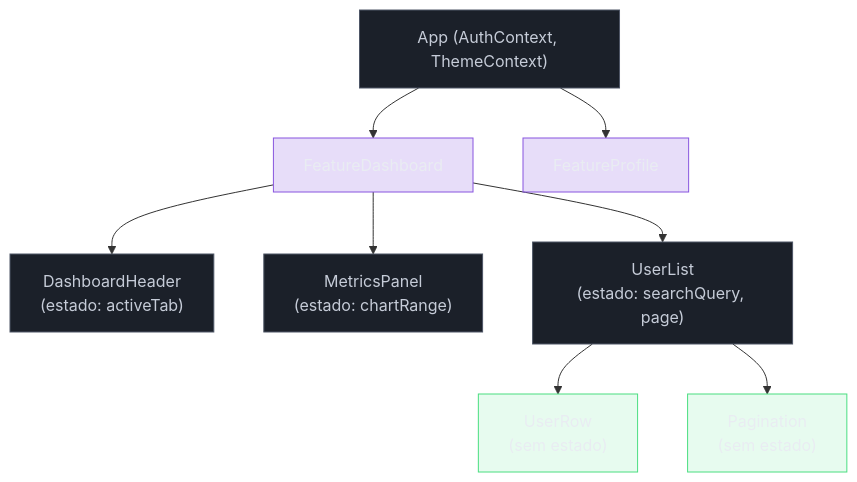
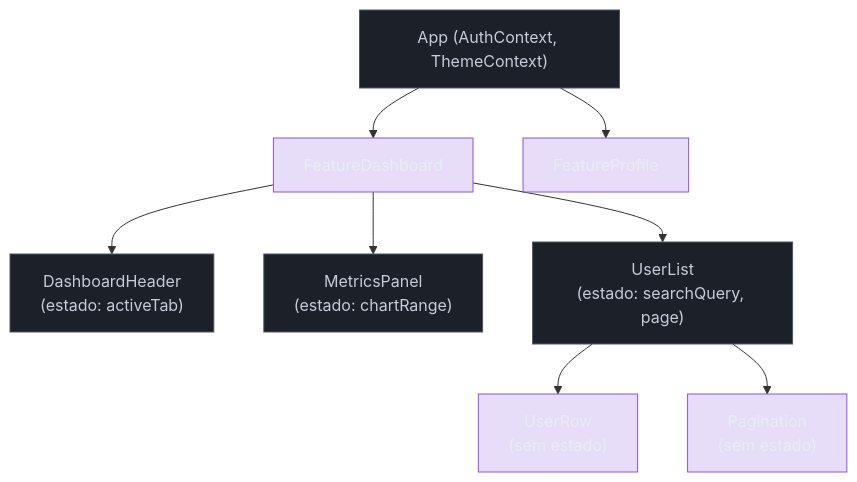
Before and after one commit to josenaldo/codex-technomanticus: the first of 3 diagrams in 03-Dominios/Tecnologia/React/React core/24 - Arquitetura de componentes.md, drawn with Mermaid. The commit also changed other lines of this file and 601 other files, not shown here.

````diff
--- a/03-Dominios/Tecnologia/React/React core/24 - Arquitetura de componentes.md
+++ b/03-Dominios/Tecnologia/React/React core/24 - Arquitetura de componentes.md
@@ -86,22 +86,21 @@
 ```mermaid
 graph TD
     classDef neutro fill:#1B2029,stroke:#4E5666,color:#C6CCD8
-    classDef ok fill:#4ADE8021,stroke:#4ADE80,color:#E9ECF2
     classDef marca fill:#8855DF33,stroke:#8855DF,color:#E9ECF2
     A["App (AuthContext, ThemeContext)"] --> B["FeatureDashboard"]
     A --> C["FeatureProfile"]
     B --> D["DashboardHeader\n(estado: activeTab)"]
     B --> E["MetricsPanel\n(estado: chartRange)"]
     B --> F["UserList\n(estado: searchQuery, page)"]
     F --> G["UserRow\n(sem estado)"]
     F --> H["Pagination\n(sem estado)"]
 
     class A neutro
     class D neutro
     class E neutro
     class F neutro
-    class G ok
-    class H ok
+    class G marca
+    class H marca
     class B marca
     class C marca
 ```
````
